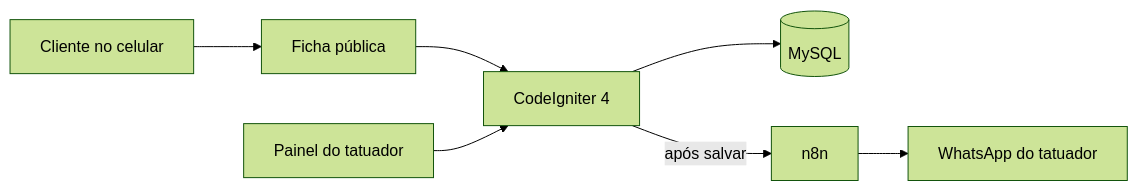
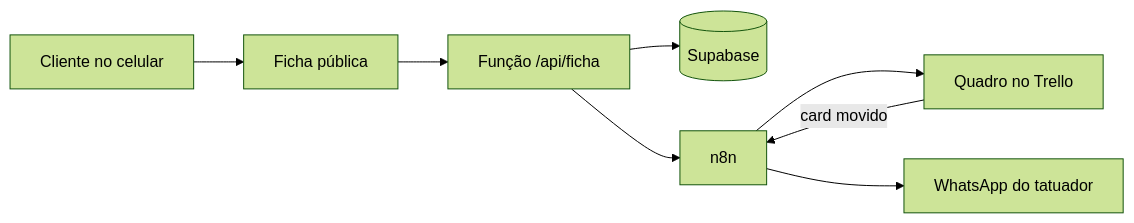
Before and after one commit to nikolasrobert/russo-pre-atendimento: the diagram in docs/analise/sprint-1.md, drawn with Mermaid (forest theme). The commit also changed other lines of this file, not shown here.

First line of the commit message:
docs(analise): persona e público-alvo revisados após a Sprint 1

````diff
--- a/docs/analise/sprint-1.md
+++ b/docs/analise/sprint-1.md
@@ -113,9 +119,10 @@
 ```mermaid
 flowchart LR
   C[Cliente no celular] --> F[Ficha pública]
-  F --> CI[CodeIgniter 4]
-  P[Painel do tatuador] --> CI
-  CI --> DB[(MySQL)]
-  CI -- após salvar --> N[n8n]
+  F --> API[Função /api/ficha]
+  API --> DB[(Supabase)]
+  API --> N[n8n]
+  N --> T[Quadro no Trello]
   N --> W[WhatsApp do tatuador]
+  T -- card movido --> N
 ```
````
